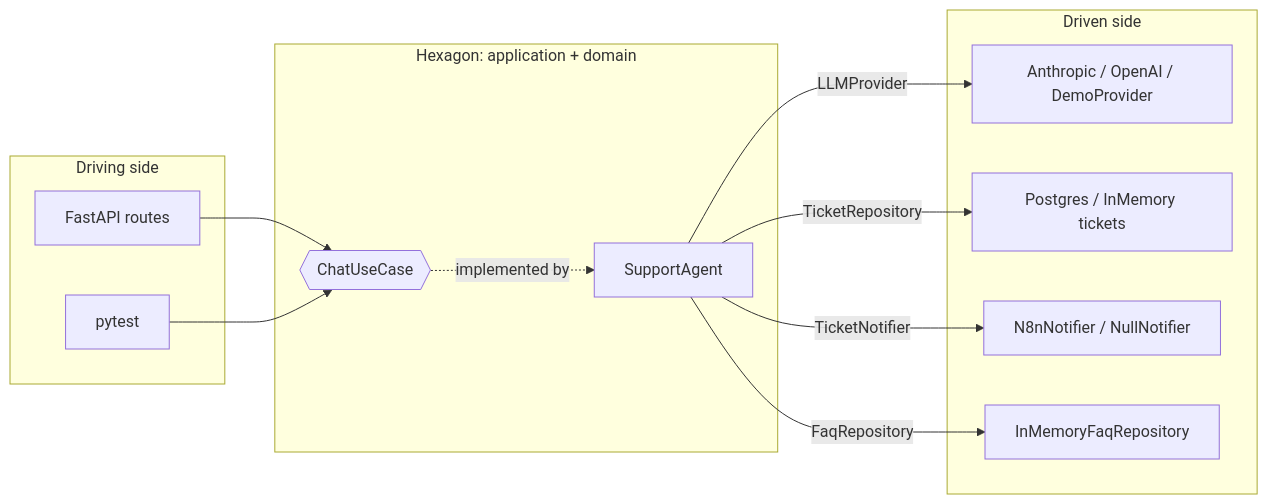
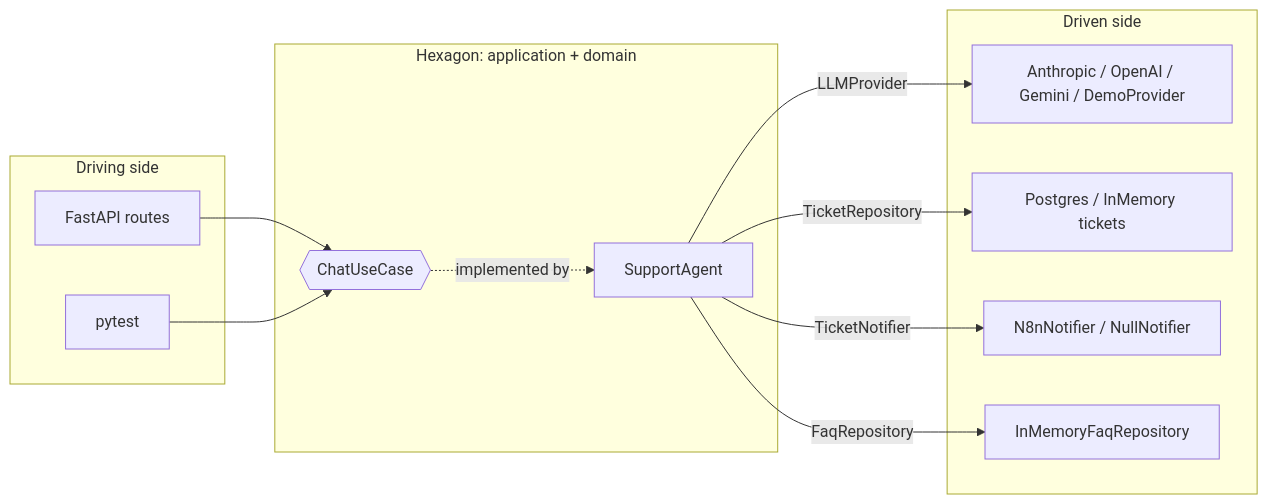
Before and after one commit to Goncar29/ai-support-assistant: the third of 4 diagrams in ARCHITECTURE.md, drawn with Mermaid. The commit also changed other lines of this file and 8 other files, not shown here.

First line of the commit message:
feat(backend): add a Gemini provider

````diff
--- a/ARCHITECTURE.md
+++ b/ARCHITECTURE.md
@@ -74,24 +74,24 @@
 ```mermaid
 flowchart LR
     subgraph Driving["Driving side"]
         HTTP[FastAPI routes]
         T[pytest]
     end
     subgraph Core["Hexagon: application + domain"]
         UC{{ChatUseCase}}
         AG[SupportAgent]
         UC -.implemented by.-> AG
     end
     subgraph Driven["Driven side"]
-        L[Anthropic / OpenAI / DemoProvider]
+        L[Anthropic / OpenAI / Gemini / DemoProvider]
         R[Postgres / InMemory tickets]
         N[N8nNotifier / NullNotifier]
         F[InMemoryFaqRepository]
     end
     HTTP --> UC
     T --> UC
     AG -- LLMProvider --> L
     AG -- TicketRepository --> R
     AG -- TicketNotifier --> N
     AG -- FaqRepository --> F
 ```
````
